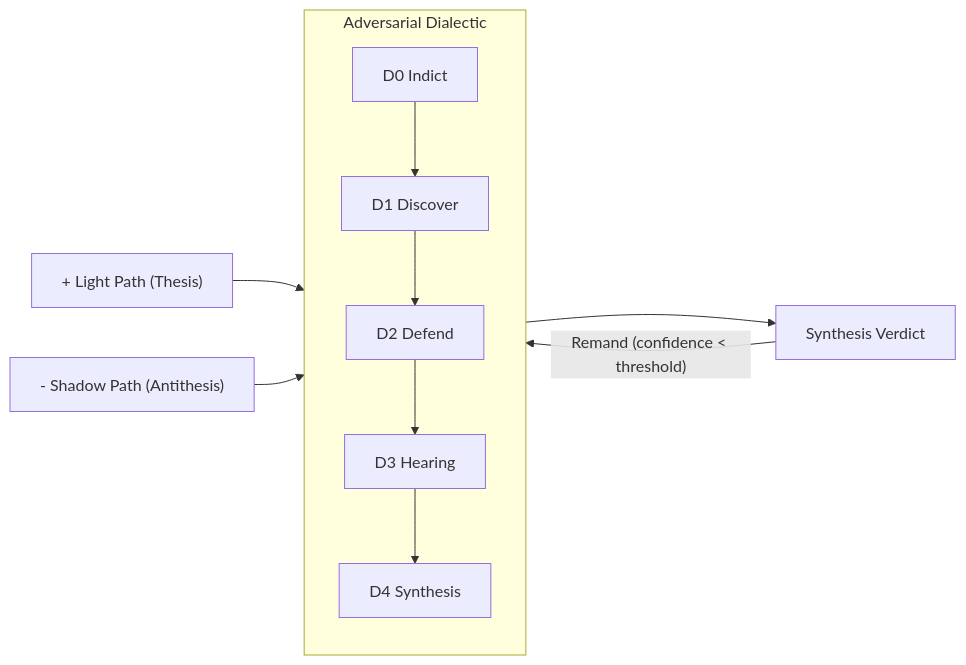
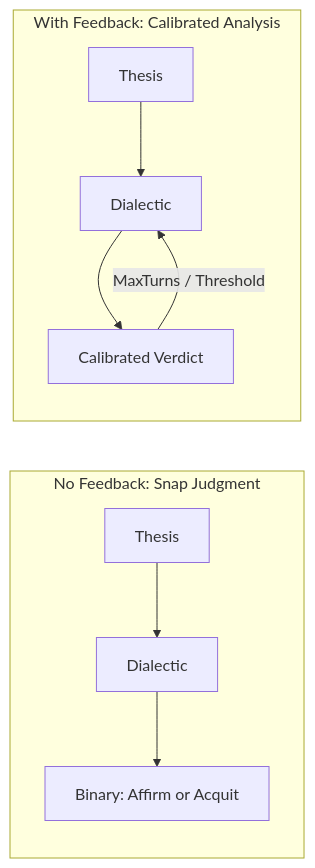
One commit to dpopsuev/origami changed the seventh of 14 diagrams in .cursor/docs/case-studies/electronic-circuit-theory.md. Above: the diagram before and after it, drawn with Mermaid. The commit also changed other lines of this file, not shown here.

First line of the commit message:
docs(case-studies): deepen op-amp/dialectic analogy with real EE patterns

````diff
--- a/.cursor/docs/case-studies/electronic-circuit-theory.md
+++ b/.cursor/docs/case-studies/electronic-circuit-theory.md
@@ -228,19 +224,11 @@
 ```mermaid
 flowchart LR
-    subgraph dialectic ["Adversarial Dialectic"]
-        direction TB
-        D0["D0 Indict"]
-        D1["D1 Discover"]
-        D2["D2 Defend"]
-        D3["D3 Hearing"]
-        D4["D4 Synthesis"]
-        D0 --> D1 --> D2 --> D3 --> D4
+    subgraph noFeedback ["No Feedback: Snap Judgment"]
+        thesis1["Thesis"] --> dial1["Dialectic"] --> verdict1["Binary: Affirm or Acquit"]
     end
 
-    Light["+ Light Path (Thesis)"] --> D0
-    Shadow["- Shadow Path (Antithesis)"] --> D2
-
-    D4 --> Output["Synthesis Verdict"]
-
-    Output -->|"Remand (confidence < threshold)"| D0
+    subgraph withFeedback ["With Feedback: Calibrated Analysis"]
+        thesis2["Thesis"] --> dial2["Dialectic"] --> verdict2["Calibrated Verdict"]
+        verdict2 -->|"MaxTurns / Threshold"| dial2
+    end
 ```
````
